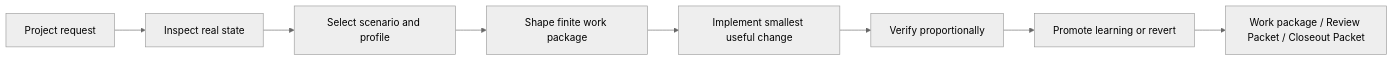
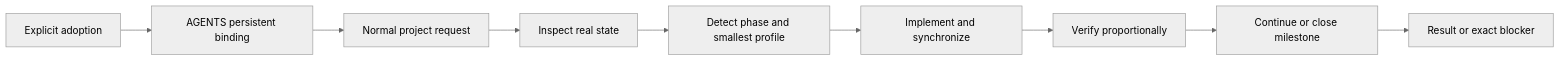
The diagram in DESIGN.md (Solismuchengxue/skill_swift_cycle), drawn with Mermaid (neutral theme) before and after one commit. The commit also changed other lines of this file and 17 other files, not shown here.

````diff
--- a/DESIGN.md
+++ b/DESIGN.md
@@ -43,10 +47,11 @@
 ```mermaid
 flowchart LR
-    Request[Project request] --> Inspect[Inspect real state]
-    Inspect --> Route[Select scenario and profile]
-    Route --> Package[Shape finite work package]
-    Package --> Change[Implement smallest useful change]
+    Adopt[Explicit adoption] --> Binding[AGENTS persistent binding]
+    Binding --> Request[Normal project request]
+    Request --> Inspect[Inspect real state]
+    Inspect --> Route[Detect phase and smallest profile]
+    Route --> Change[Implement and synchronize]
     Change --> Verify[Verify proportionally]
-    Verify --> Learn[Promote learning or revert]
-    Learn --> Packet[Work package / Review Packet / Closeout Packet]
+    Verify --> Close[Continue or close milestone]
+    Close --> Result[Result or exact blocker]
 ```
````
